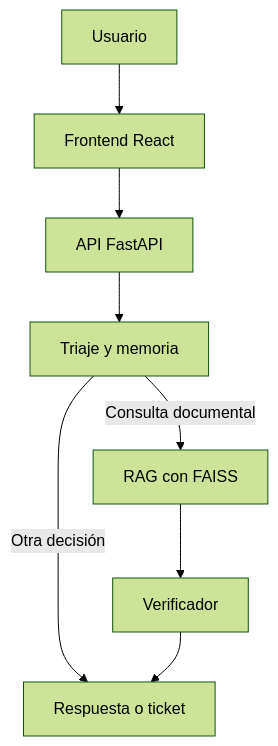
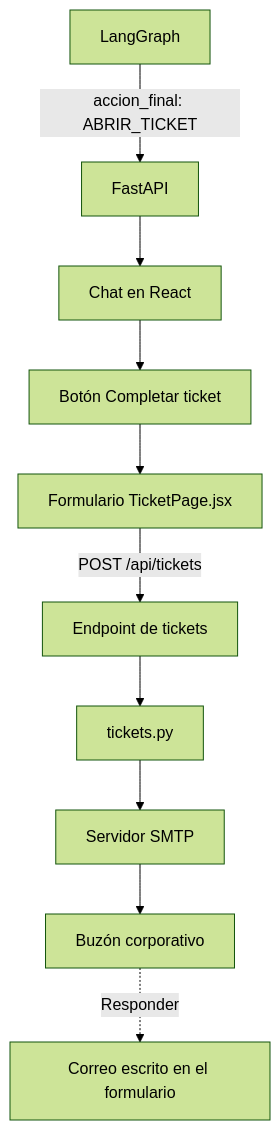
Before and after one commit to CORREAK18/AgenteIA_Alicorp_Politicas: the second of 2 diagrams in README.md, drawn with Mermaid (forest theme). The commit also changed other lines of this file and 1 other file, not shown here.

````diff
--- a/README.md
+++ b/README.md
@@ -42,10 +114,12 @@
 ```mermaid
 flowchart TD
-    U[Usuario] --> F[Frontend React]
-    F --> A[API FastAPI]
-    A --> T[Triaje y memoria]
-    T -->|Consulta documental| R[RAG con FAISS]
-    R --> V[Verificador]
-    T -->|Otra decisión| S[Respuesta o ticket]
-    V --> S
+    G[LangGraph] -->|accion_final: ABRIR_TICKET| API[FastAPI]
+    API --> UI[Chat en React]
+    UI --> B[Botón Completar ticket]
+    B --> FORM[Formulario TicketPage.jsx]
+    FORM -->|POST /api/tickets| ENDPOINT[Endpoint de tickets]
+    ENDPOINT --> SERVICE[tickets.py]
+    SERVICE --> SMTP[Servidor SMTP]
+    SMTP --> MAIL[Buzón corporativo]
+    MAIL -. Responder .-> USERMAIL[Correo escrito en el formulario]
 ```
````
